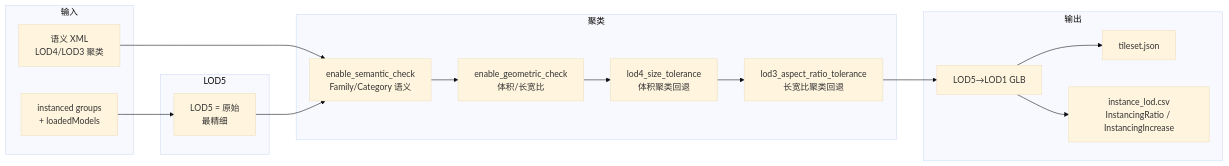
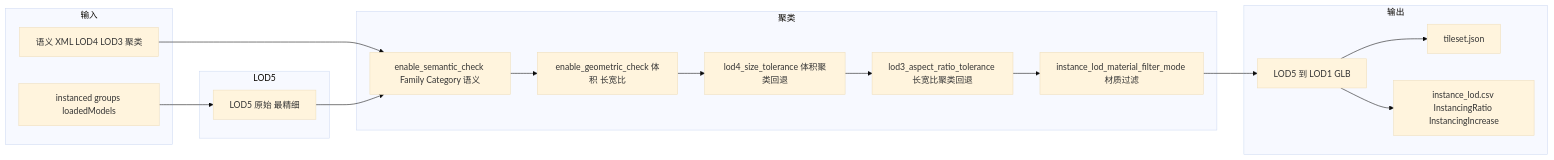
The fourth of 9 diagrams in diagrams/技术流程图_mermaid.md (271586852/GltfInstancingAndTilingTool), drawn with Mermaid (base theme) before and after one commit. The commit also changed other lines of this file and 5 other files, not shown here.

````diff
--- a/diagrams/技术流程图_mermaid.md
+++ b/diagrams/技术流程图_mermaid.md
@@ -127,34 +177,36 @@
 ```mermaid
-flowchart LR
-    subgraph 输入
-        L1[instanced groups<br/>+ loadedModels]
-        L2[语义 XML<br/>LOD4/LOD3 聚类]
+graph LR
+    subgraph input3 [输入]
+        L1[instanced groups loadedModels]
+        L2[语义 XML LOD4 LOD3 聚类]
     end
 
-    subgraph LOD5
-        P1[LOD5 = 原始<br/>最精细]
+    subgraph lod5 [LOD5]
+        P1[LOD5 原始 最精细]
     end
 
-    subgraph 聚类
-        C1[enable_semantic_check<br/>Family/Category 语义]
-        C2[enable_geometric_check<br/>体积/长宽比]
-        C3[lod4_size_tolerance<br/>体积聚类回退]
-        C4[lod3_aspect_ratio_tolerance<br/>长宽比聚类回退]
+    subgraph cluster [聚类]
+        C1[enable_semantic_check Family Category 语义]
+        C2[enable_geometric_check 体积 长宽比]
+        C3[lod4_size_tolerance 体积聚类回退]
+        C4[lod3_aspect_ratio_tolerance 长宽比聚类回退]
+        C5[instance_lod_material_filter_mode 材质过滤]
     end
 
-    subgraph 输出
-        O1[LOD5→LOD1 GLB]
+    subgraph output2 [输出]
+        O1[LOD5 到 LOD1 GLB]
         O2[tileset.json]
-        O3[instance_lod.csv<br/>InstancingRatio / InstancingIncrease]
+        O3[instance_lod.csv InstancingRatio InstancingIncrease]
     end
 
     L1 --> P1
     L2 --> C1
     P1 --> C1
     C1 --> C2
     C2 --> C3
     C3 --> C4
-    C4 --> O1
+    C4 --> C5
+    C5 --> O1
     O1 --> O2
     O1 --> O3
 ```
````
